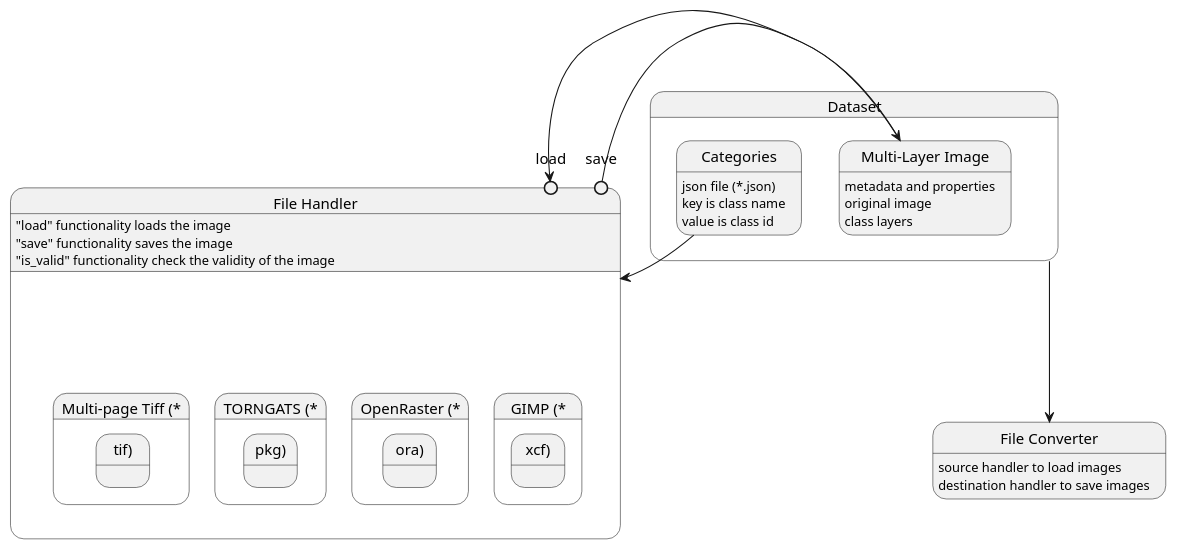
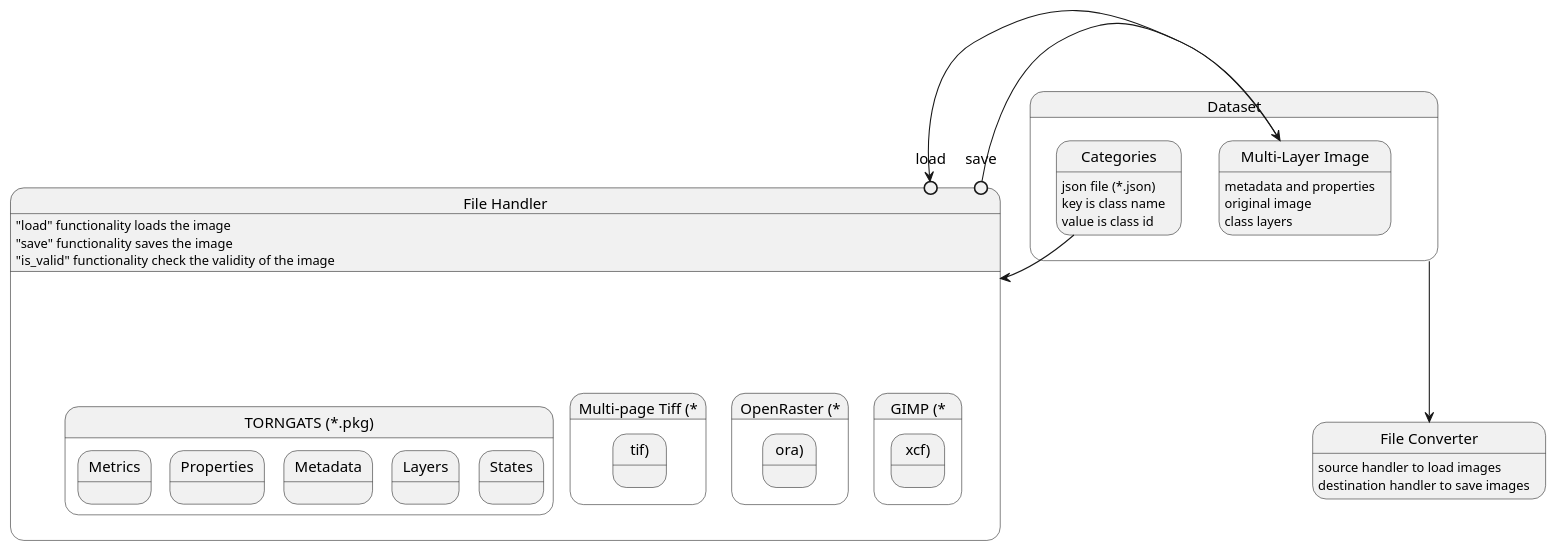
Before and after one commit to TORNGATS/yoyo-labeling-assist: the diagram in docs/design.puml, drawn with PlantUML.

Commit message:
update abstract design

```diff
--- a/docs/design.puml
+++ b/docs/design.puml
@@ -2,87 +2,47 @@
 @startuml Abstract Design
 
 state Dataset {
     state "Multi-Layer Image" as data {
         data : metadata and properties
         data : original image
         data : class layers
     }
     state "Categories" as cats {
         cats : json file (*.json)
         cats : key is class name
         cats : value is class id
     }
 }
 
 state "File Handler" as handler {
     handler : "load" functionality loads the image
     handler : "save" functionality saves the image
     handler : "is_valid" functionality check the validity of the image
 
     state "GIMP (*.xcf)"
     state "OpenRaster (*.ora)"
-    state "TORNGATS (*.pkg)"
     state "Multi-page Tiff (*.tif)"
+    state "TORNGATS (*.pkg)" as pkg {
+        state "Metrics" as pkg_metrics
+        state "Properties" as pkg_properties
+        state "Metadata" as pkg_metadata
+        state "Layers" as pkg_layers
+        state "States" as pkg_states
+    }
 
     state load <<entryPoint>>
     state save <<entryPoint>>
 }
 
 data --> load
 save -> data
 cats --> handler
 
 state "File Converter" as conv {
     conv : source handler to load images
     conv : destination handler to save images
 }
 
 Dataset --> conv
 
-' state "Thermal Sequence Analysis" as tsa {
-'     state "Continuous Thermal Sequence" as acts {
-'     }
-'     state "Discrete Thermal Sequence" as adts {
-'         adts : Datasets are sampled using fixed time period
-'     }
-'     state "Regressed Thermal Sequence" as rts {
-'         state "Polynomial Regression" as pr_rts
-'         state "Step Functio" as sf_rts
-'         state "Basis Function" as bf_rts
-'         state "Spline Regression" as sr_rts
-'         state "Smoothing Splines" as ss_rts
-'         state "Local Regression" as lr_rts
-'         state "Generalized Additive Models" as gam_rts
-'         rts --[hidden]> pr_rts
-'         rts --[hidden]> sf_rts
-'         rts --[hidden]> bf_rts
-'         ss_rts --[hidden]> sr_rts
-'         rts --[hidden]> sr_rts
-'     }
-'     acts --> sequence <<exitPoint>>
-'     adts --> sequence <<exitPoint>>
-'     rts --> sequence <<exitPoint>>
-' }
-
-' Dataset --> acts
-' Dataset --> adts
-' Dataset --> rts
-
-
-' state "Defect Assessment using Thermal Sequence" as dats {
-'     state "PCA" as pca
-'     state "PPT" as ppt
-' }
-
-' sequence --> pca
-' sequence --> ppt
-
-' state "Calculation of Metrics for Evaluation" as cme {
-'     state data <<entryPoint>>
-' }
-
-' ppt --> data
-' pca --> data
-' cme -l-> [*]
-
 @enduml
```
